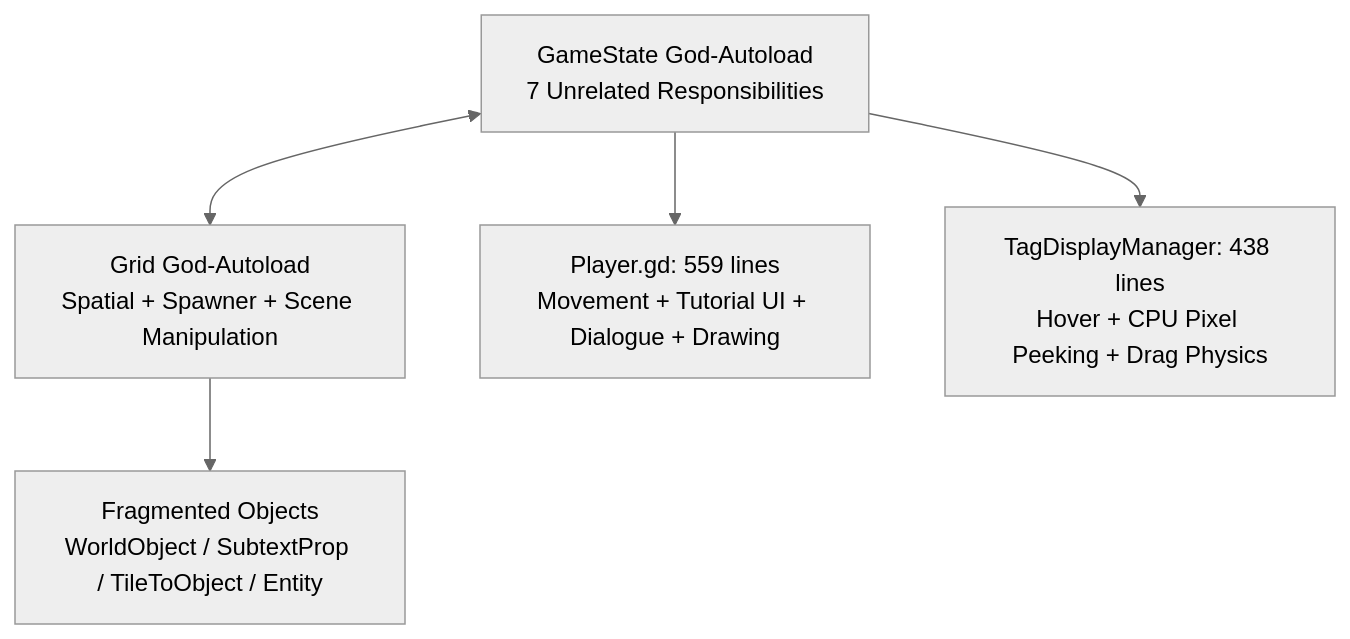
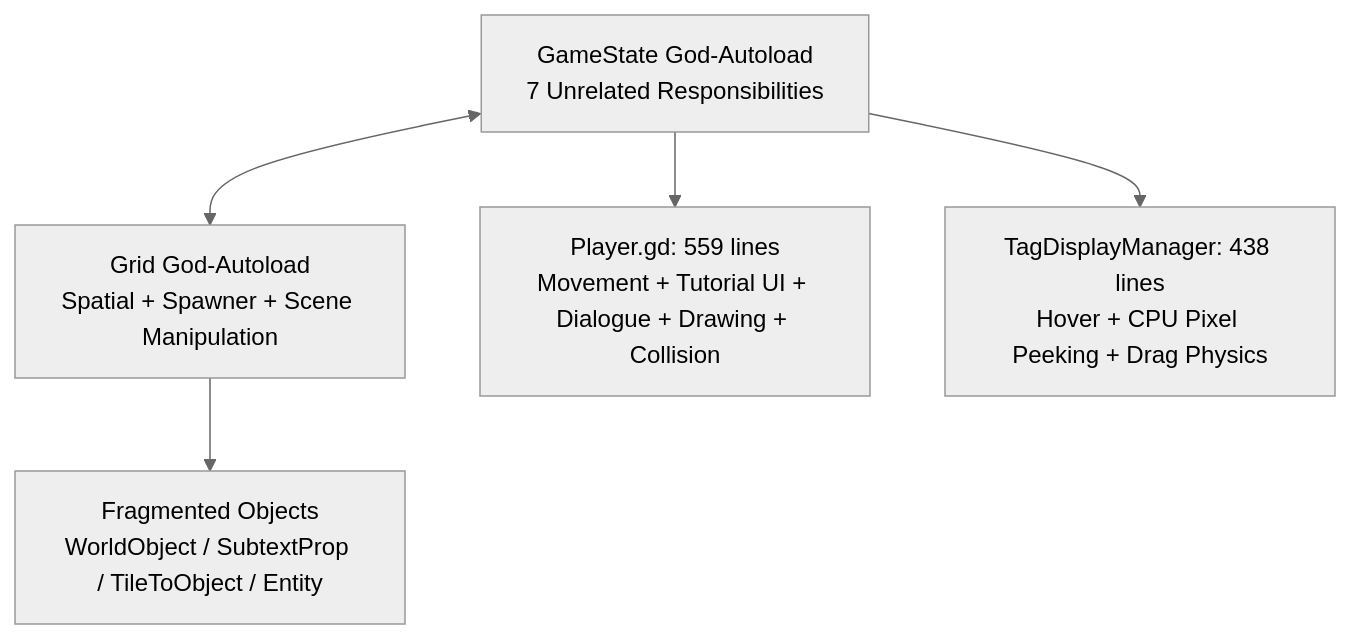
Before and after one commit to Jzurcc/SIKAPTala-2026-Game-Jam: the first of 5 diagrams in ARCHITECTURE.md, drawn with Mermaid (neutral theme). The commit also changed other lines of this file and 6 other files, not shown here.

````diff
--- a/ARCHITECTURE.md
+++ b/ARCHITECTURE.md
@@ -25,7 +29,7 @@
 ```mermaid
 graph TD
     GS_OLD[GameState God-Autoload<br/>7 Unrelated Responsibilities] <--> GR_OLD[Grid God-Autoload<br/>Spatial + Spawner + Scene Manipulation]
-    GS_OLD --> P_OLD[Player.gd: 559 lines<br/>Movement + Tutorial UI + Dialogue + Drawing]
+    GS_OLD --> P_OLD[Player.gd: 559 lines<br/>Movement + Tutorial UI + Dialogue + Drawing + Collision]
     GS_OLD --> TDM_OLD[TagDisplayManager: 438 lines<br/>Hover + CPU Pixel Peeking + Drag Physics]
     GR_OLD --> OBJ_OLD[Fragmented Objects<br/>WorldObject / SubtextProp / TileToObject / Entity]
 ```
````
